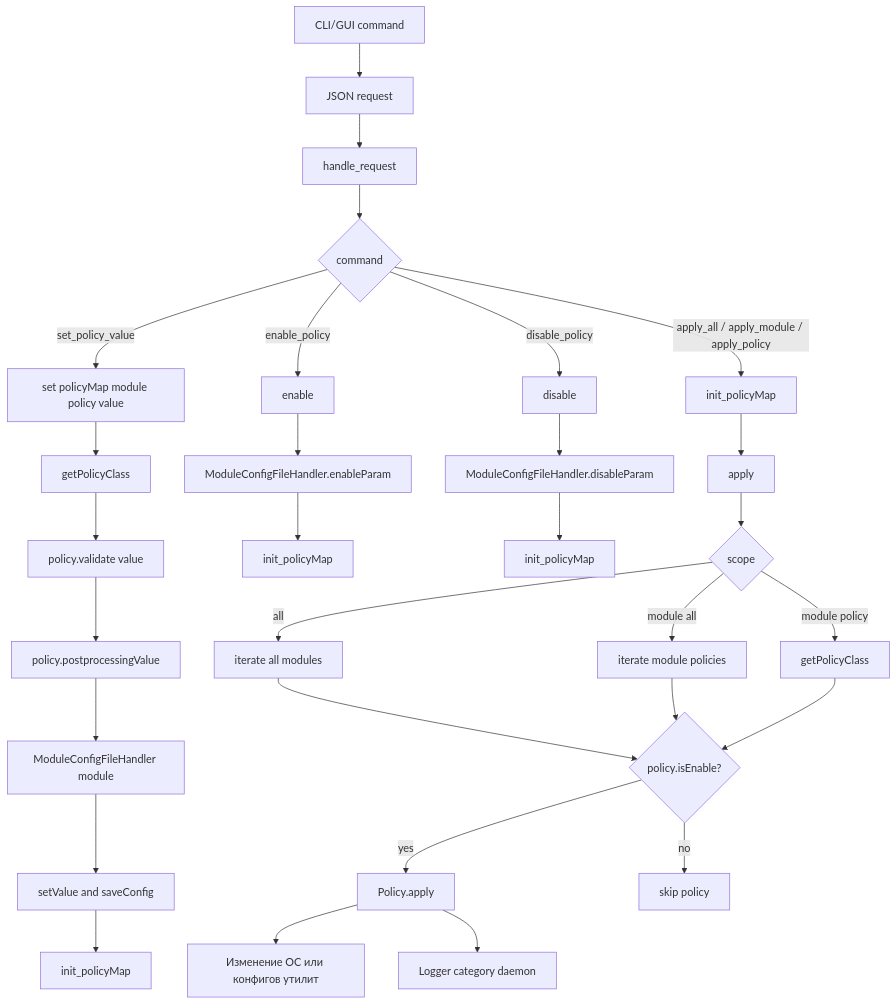
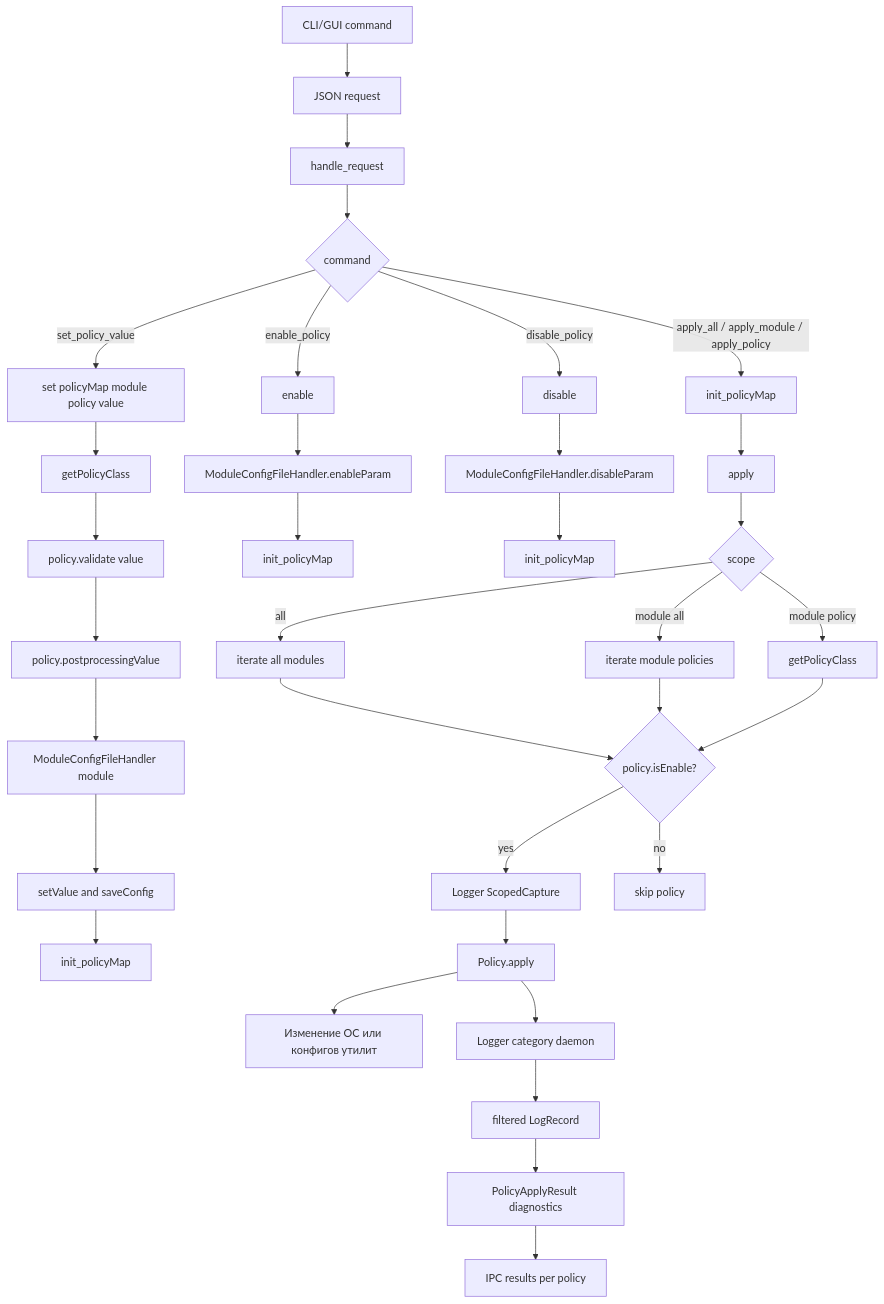
One commit to RevoltStar/FIC changed the seventh of 11 diagrams in docs/architecture-diagrams.md. Above: the diagram before and after it, drawn with Mermaid. The commit also changed other lines of this file and 11 other files, not shown here.

First line of the commit message:
feat: Реализован ScopedCapture для Logger и улучшена диагностика Policy

````diff
--- a/docs/architecture-diagrams.md
+++ b/docs/architecture-diagrams.md
@@ -215,37 +215,41 @@
 ```mermaid
 flowchart TD
     clientCommand[CLI/GUI command] --> json[JSON request]
     json --> router[handle_request]
 
     router --> commandType{command}
 
     commandType -->|set_policy_value| setFn[set policyMap module policy value]
     setFn --> getPolicy[getPolicyClass]
     getPolicy --> validate[policy.validate value]
     validate --> postprocess[policy.postprocessingValue]
     postprocess --> moduleConfig[ModuleConfigFileHandler module]
     moduleConfig --> saveValue[setValue and saveConfig]
     saveValue --> reloadAfterSet[init_policyMap]
 
     commandType -->|enable_policy| enableFn[enable]
     enableFn --> enableConfig[ModuleConfigFileHandler.enableParam]
     enableConfig --> reloadAfterEnable[init_policyMap]
 
     commandType -->|disable_policy| disableFn[disable]
     disableFn --> disableConfig[ModuleConfigFileHandler.disableParam]
     disableConfig --> reloadAfterDisable[init_policyMap]
 
     commandType -->|apply_all / apply_module / apply_policy| reloadBeforeApply[init_policyMap]
     reloadBeforeApply --> apply[apply]
     apply --> chooseScope{scope}
     chooseScope -->|all| allModules[iterate all modules]
     chooseScope -->|module all| oneModule[iterate module policies]
     chooseScope -->|module policy| onePolicy[getPolicyClass]
     allModules --> enabledOnly{policy.isEnable?}
     oneModule --> enabledOnly
     onePolicy --> enabledOnly
-    enabledOnly -->|yes| caf[Policy.apply]
+    enabledOnly -->|yes| capture[Logger ScopedCapture]
     enabledOnly -->|no| skip[skip policy]
+    capture --> caf[Policy.apply]
     caf --> osChange[Изменение ОС или конфигов утилит]
     caf --> log[Logger category daemon]
+    log --> diagnostic[filtered LogRecord]
+    diagnostic --> result[PolicyApplyResult diagnostics]
+    result --> response[IPC results per policy]
 ```
````
